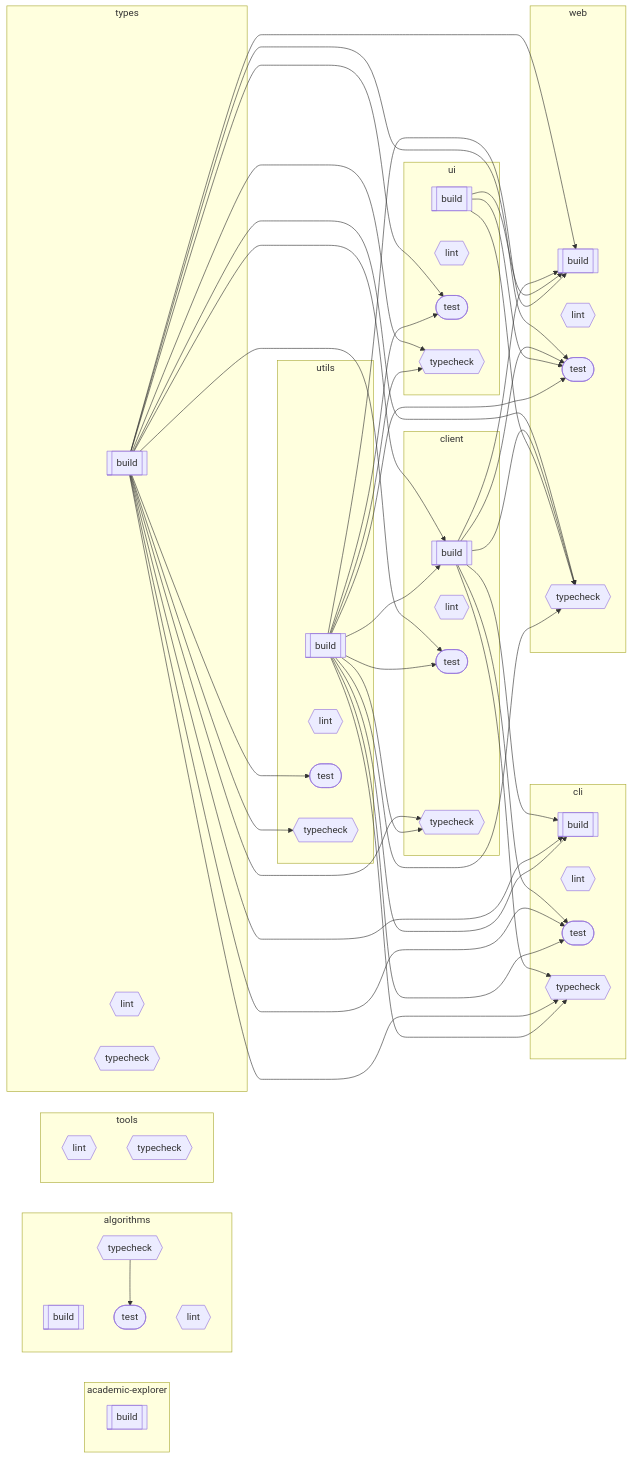
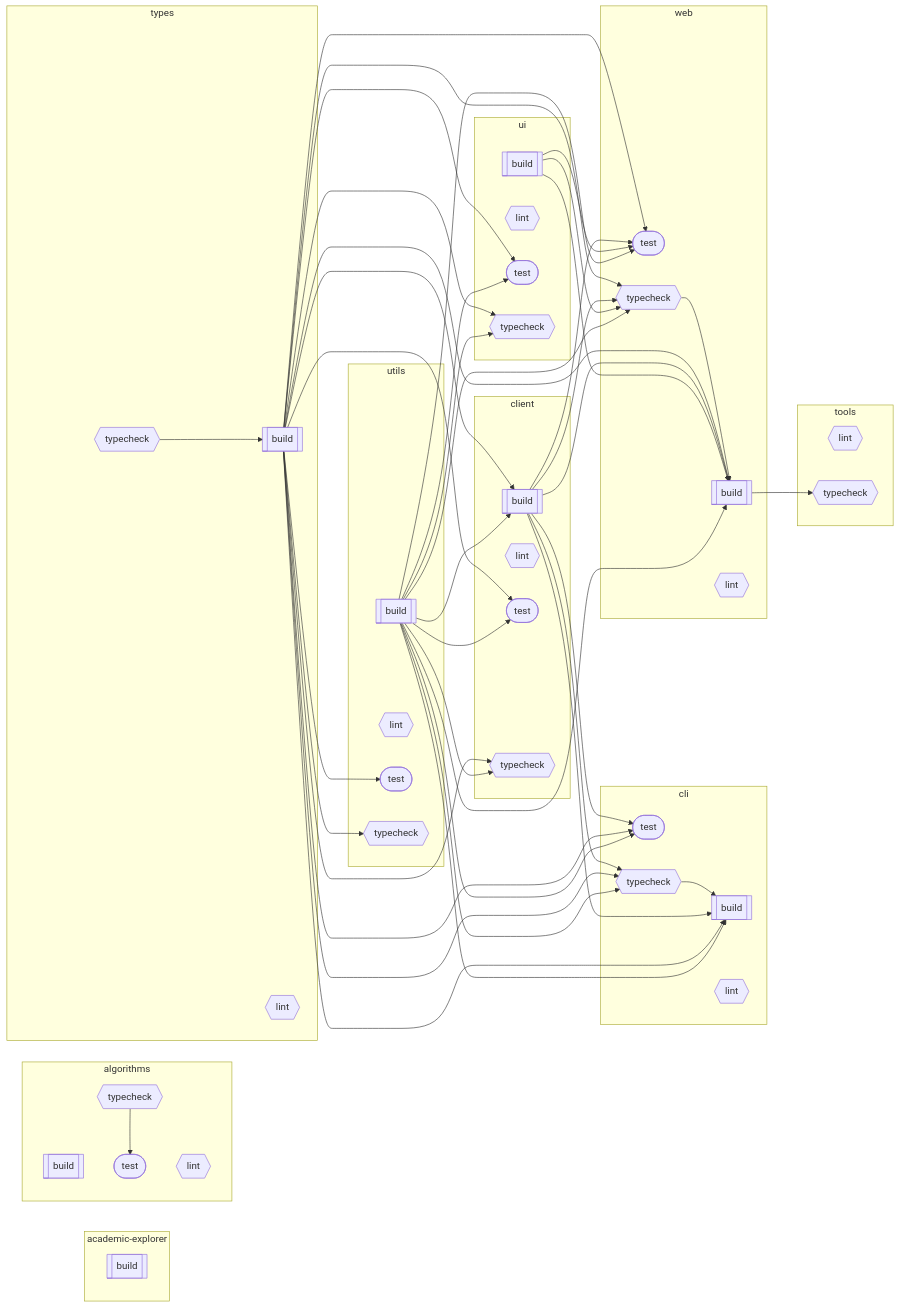
The diagram in README.md (Mearman/Academic-Explorer), drawn with Mermaid before and after one commit.

Commit message:
docs: update task graph with typecheck dependencies
Add missing typecheck->build edges to Mermaid diagram:
- cli_typecheck -> cli_build
- types_typecheck -> types_build
- web_typecheck -> web_build
- web_build -> tools_typecheck

```diff
--- a/README.md
+++ b/README.md
@@ -149,6 +149,7 @@
 
     %% Task dependencies
     algorithms_typecheck --> algorithms_test
+    cli_typecheck --> cli_build
     client_build --> cli_build
     types_build --> cli_build
     utils_build --> cli_build
@@ -164,12 +165,15 @@
     utils_build --> client_test
     types_build --> client_typecheck
     utils_build --> client_typecheck
+    web_build --> tools_typecheck
+    types_typecheck --> types_build
     types_build --> ui_test
     utils_build --> ui_test
     types_build --> ui_typecheck
     utils_build --> ui_typecheck
     types_build --> utils_test
     types_build --> utils_typecheck
+    web_typecheck --> web_build
     types_build --> web_build
     client_build --> web_build
     ui_build --> web_build
```
